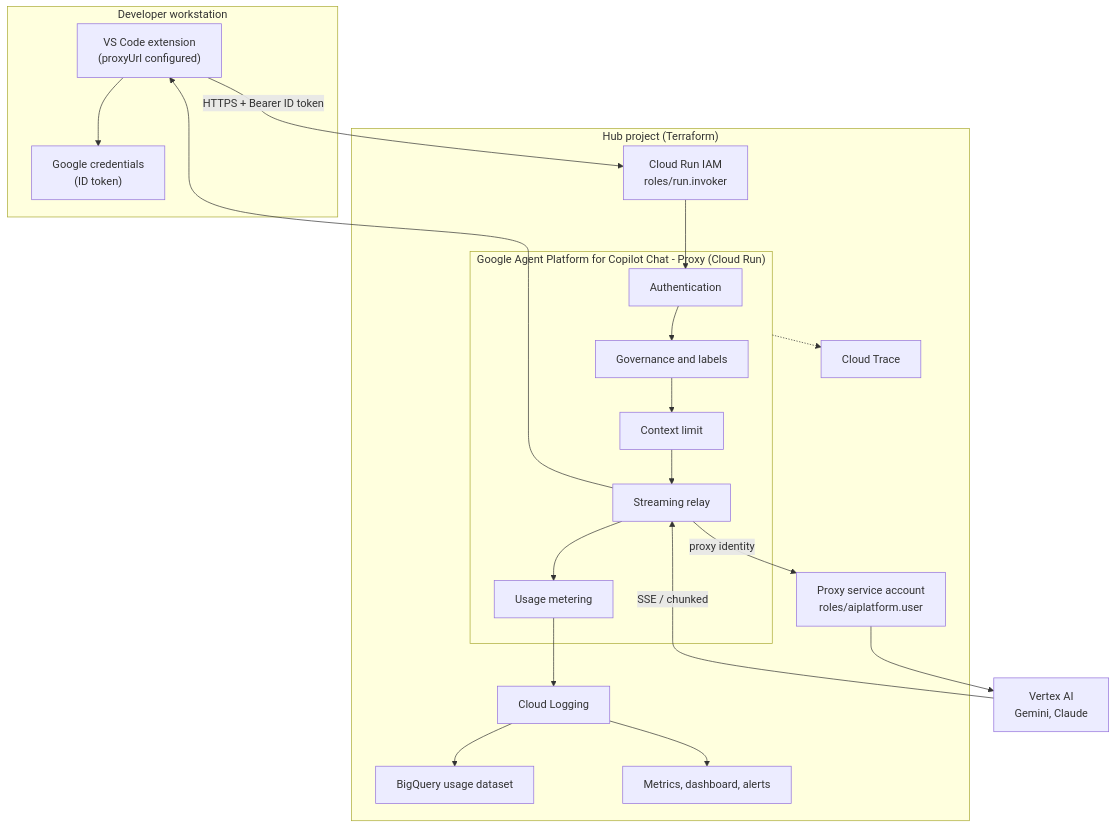
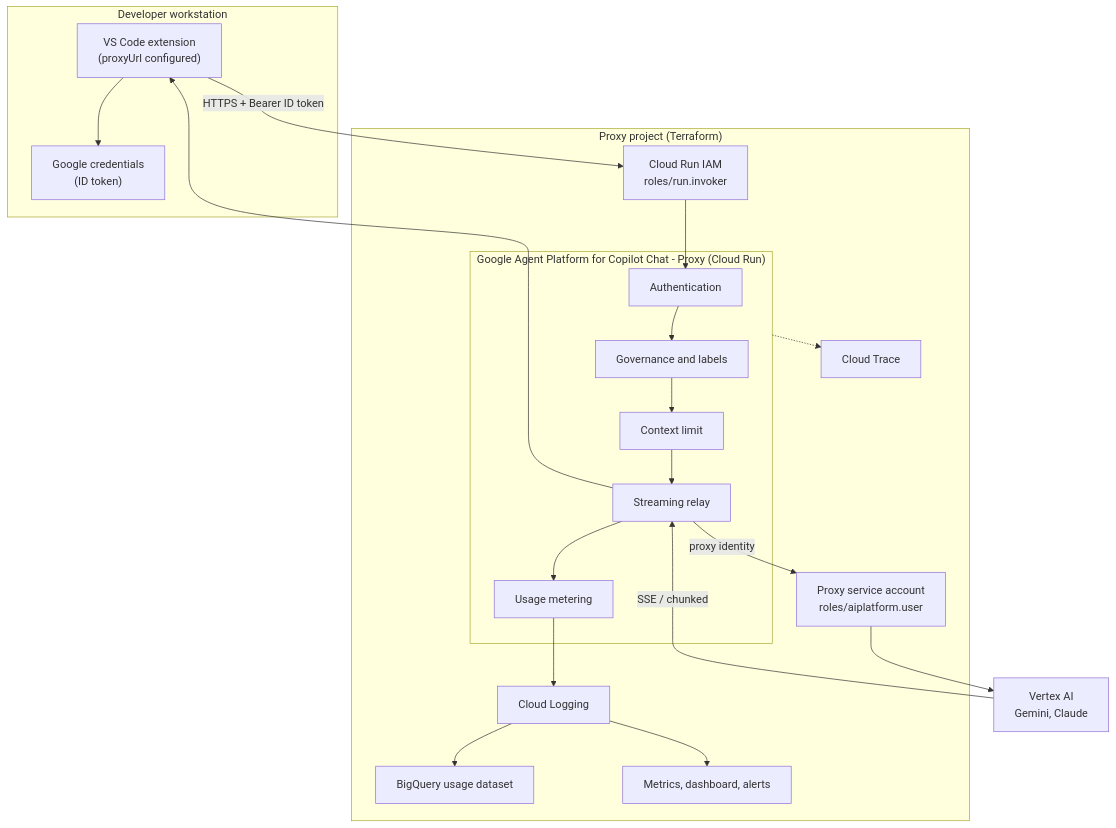
One commit to jorsm/vertex-ai-models-chat-provider-proxy changed the first of 2 diagrams in docs/02-architecture.md. Above: the diagram before and after it, drawn with Mermaid. The commit also changed other lines of this file and 31 other files, not shown here.

First line of the commit message:
refactor: replace the hub project concept with the proxy project

````diff
--- a/docs/02-architecture.md
+++ b/docs/02-architecture.md
@@ -10,34 +10,34 @@
 ```mermaid
 flowchart TD
     subgraph Client["Developer workstation"]
         EXT["VS Code extension<br/>(proxyUrl configured)"]
         ADC["Google credentials<br/>(ID token)"]
         EXT --> ADC
     end
 
-    subgraph Hub["Hub project (Terraform)"]
+    subgraph ProxyProject["Proxy project (Terraform)"]
         IAM["Cloud Run IAM<br/>roles/run.invoker"]
         subgraph Proxy["Google Agent Platform for Copilot Chat - Proxy (Cloud Run)"]
             AUTH["Authentication"]
             GOV["Governance and labels"]
             LIMIT["Context limit"]
             STREAM["Streaming relay"]
             METER["Usage metering"]
         end
         SA["Proxy service account<br/>roles/aiplatform.user"]
         LOG["Cloud Logging"]
         TRACE["Cloud Trace"]
         BQ["BigQuery usage dataset"]
         MON["Metrics, dashboard, alerts"]
     end
 
     VERTEX["Vertex AI<br/>Gemini, Claude"]
 
     EXT -->|"HTTPS + Bearer ID token"| IAM --> AUTH --> GOV --> LIMIT --> STREAM
     STREAM -->|"proxy identity"| SA --> VERTEX
     VERTEX -->|"SSE / chunked"| STREAM --> EXT
     STREAM --> METER --> LOG
     LOG --> BQ
     LOG --> MON
     Proxy -.-> TRACE
 ```
````
